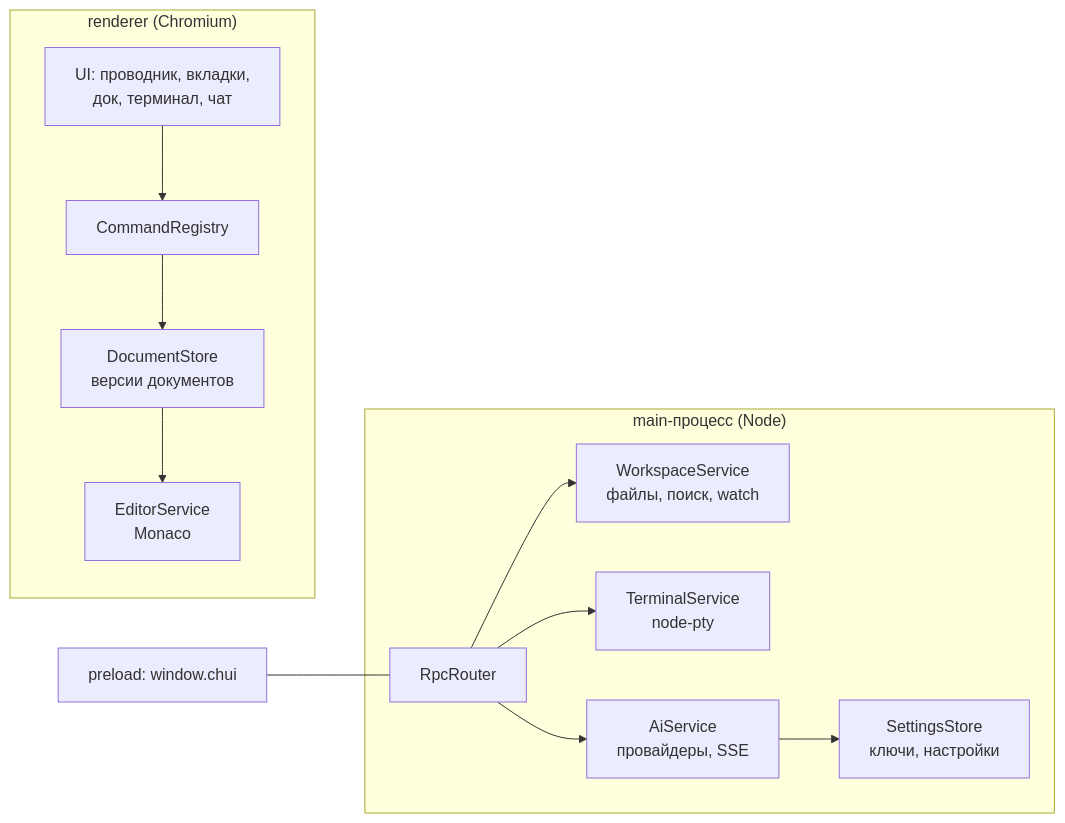
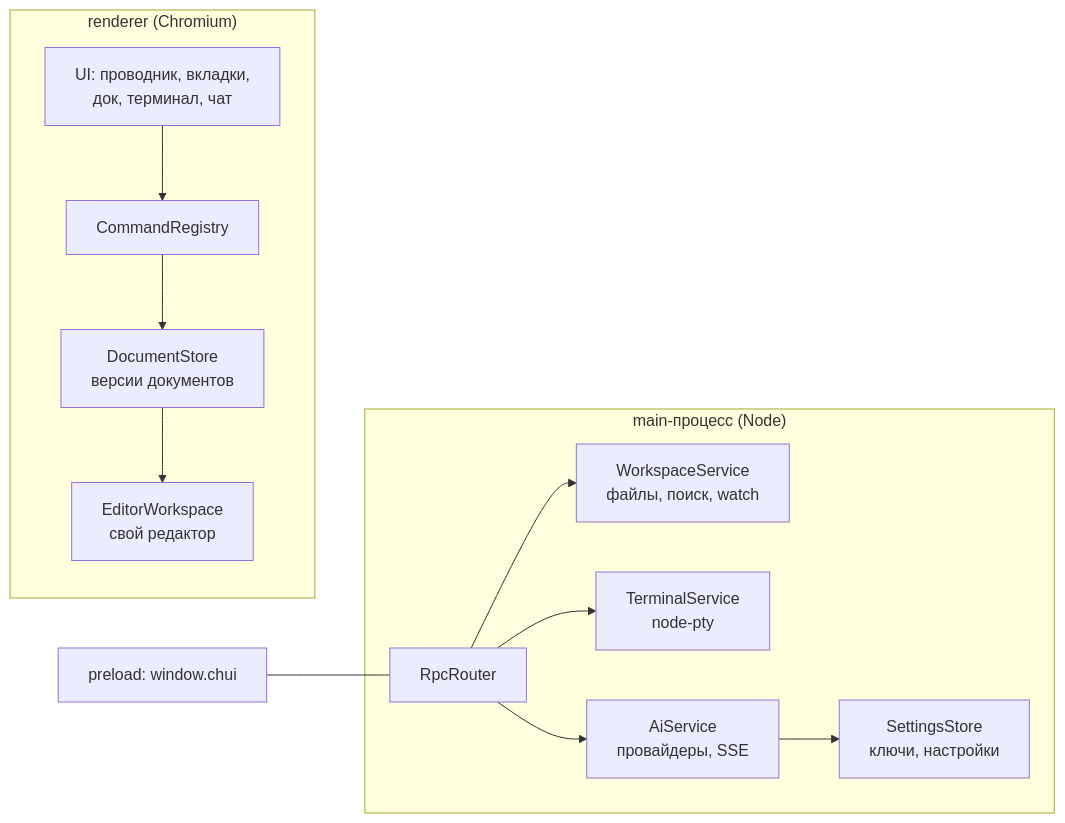
Before and after one commit to Saintdizen/chui_ide: the diagram in README.md, drawn with Mermaid. The commit also changed other lines of this file, not shown here.

First line of the commit message:
README: вычищен от Monaco и мёртвых настроек

````diff
--- a/README.md
+++ b/README.md
@@ -11,22 +11,22 @@
 ```mermaid
 graph LR
     subgraph Main["main-процесс (Node)"]
         WS[WorkspaceService<br/>файлы, поиск, watch]
         TERM[TerminalService<br/>node-pty]
         AI[AiService<br/>провайдеры, SSE]
         SET[SettingsStore<br/>ключи, настройки]
         RPC[RpcRouter]
     end
     subgraph Renderer["renderer (Chromium)"]
         DOC[DocumentStore<br/>версии документов]
-        ED[EditorService<br/>Monaco]
+        ED[EditorWorkspace<br/>свой редактор]
         CMD[CommandRegistry]
         UI[UI: проводник, вкладки,<br/>док, терминал, чат]
     end
     PRE[preload: window.chui] --- RPC
     UI --> CMD --> DOC --> ED
     RPC --> WS
     RPC --> TERM
     RPC --> AI
     AI --> SET
 ```
````
